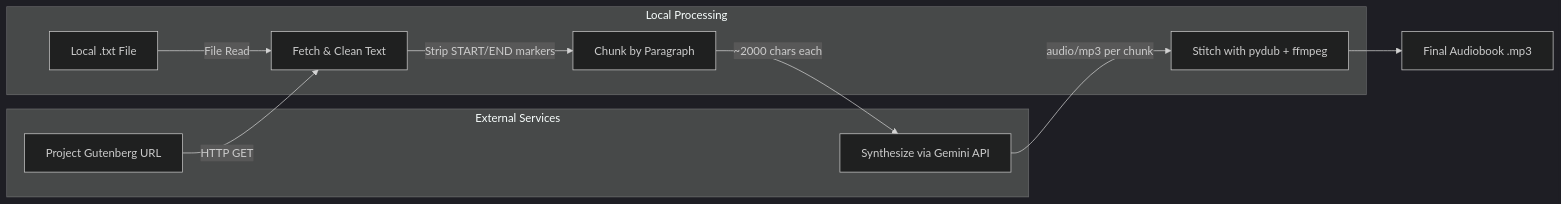
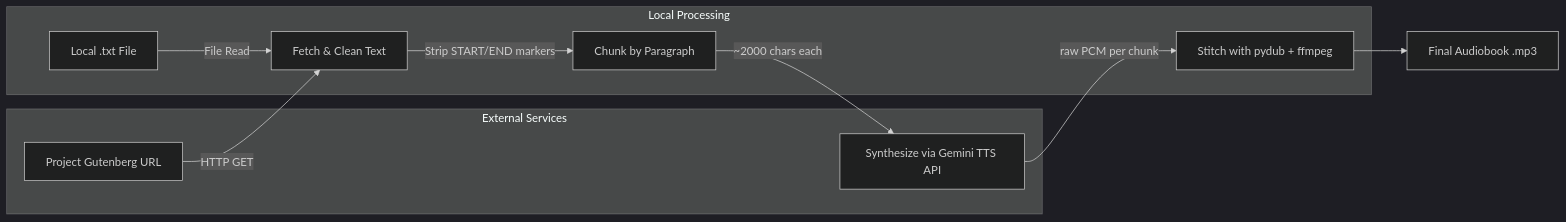
Before and after one commit to Aldineyer/Aoidos: the diagram in README.md, drawn with Mermaid (dark theme). The commit also changed other lines of this file and 4 other files, not shown here.

````diff
--- a/README.md
+++ b/README.md
@@ -46,21 +46,21 @@
 ```mermaid
 flowchart LR
     A1[Project Gutenberg URL] -->|HTTP GET| B[Fetch & Clean Text]
     A2[Local .txt File] -->|File Read| B
     B -->|Strip START/END markers| C[Chunk by Paragraph]
-    C -->|~2000 chars each| D[Synthesize via Gemini API]
-    D -->|audio/mp3 per chunk| E[Stitch with pydub + ffmpeg]
+    C -->|~2000 chars each| D[Synthesize via Gemini TTS API]
+    D -->|raw PCM per chunk| E[Stitch with pydub + ffmpeg]
     E --> F[Final Audiobook .mp3]
 
     subgraph "External Services"
         A1
         D
     end
 
     subgraph "Local Processing"
         A2
         B
         C
         E
     end
 ```
````
